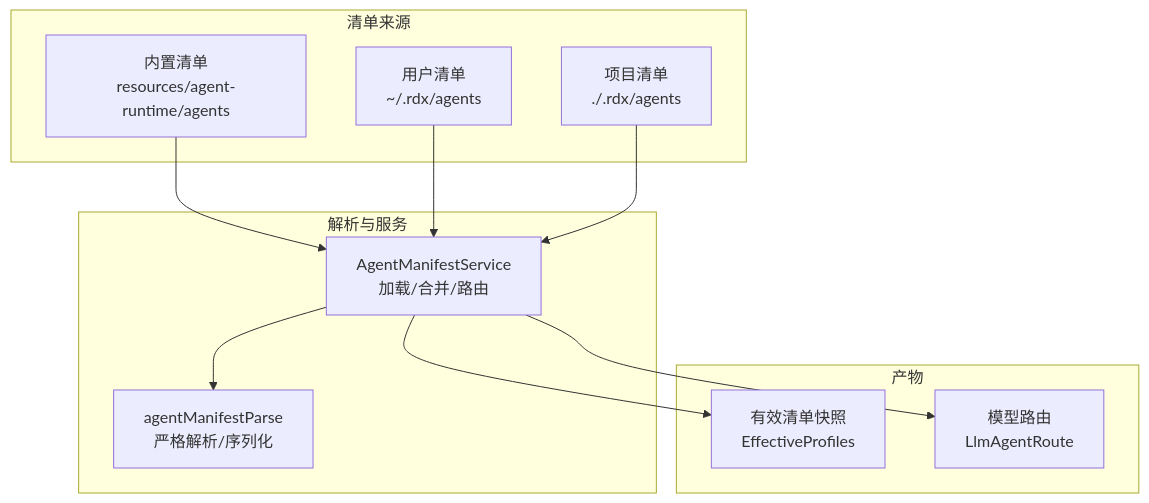
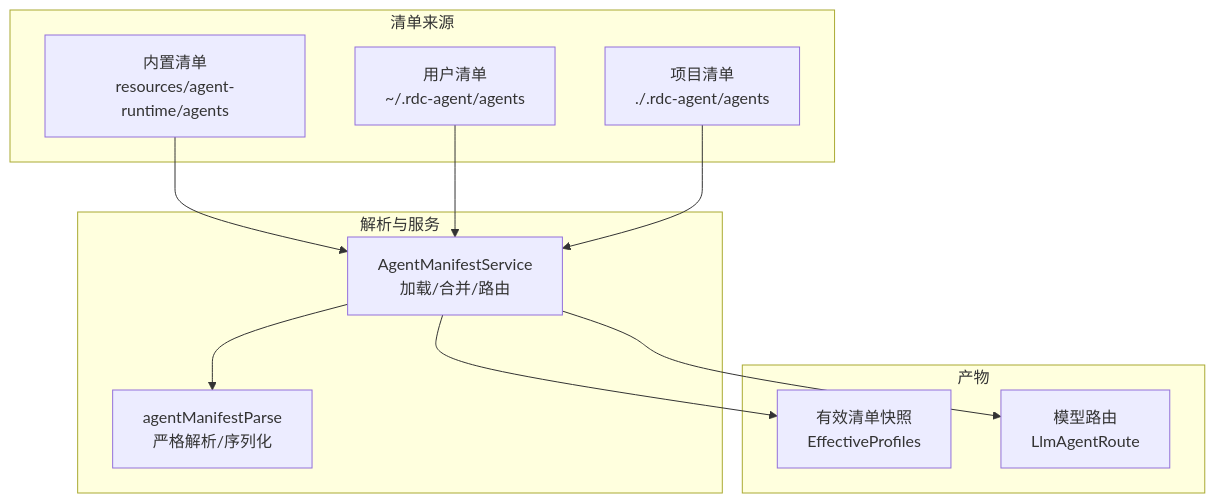
One commit to haolange/RDC-Agent changed the first of 3 diagrams in .qoder/repowiki/zh/content/扩展开发/自定义 Agent 开发/Agent 清单定义.md. Above: the diagram before and after it, drawn with Mermaid. The commit also changed other lines of this file and 557 other files, not shown here.

First line of the commit message:
Unify RDC-Agent identity and canonical RDC-Tool integration

````diff
--- a/.qoder/repowiki/zh/content/扩展开发/自定义 Agent 开发/Agent 清单定义.md
+++ b/.qoder/repowiki/zh/content/扩展开发/自定义 Agent 开发/Agent 清单定义.md
@@ -56,22 +56,22 @@
 ```mermaid
 graph TB
 subgraph "清单来源"
 B["内置清单<br/>resources/agent-runtime/agents"]
-U["用户清单<br/>~/.rdx/agents"]
-P["项目清单<br/>.<project>/.rdx/agents"]
+U["用户清单<br/>~/.rdc-agent/agents"]
+P["项目清单<br/>.<project>/.rdc-agent/agents"]
 end
 subgraph "解析与服务"
 S["AgentManifestService<br/>加载/合并/路由"]
 PARSER["agentManifestParse<br/>严格解析/序列化"]
 end
 subgraph "产物"
 PROFILES["有效清单快照<br/>EffectiveProfiles"]
 ROUTES["模型路由<br/>LlmAgentRoute"]
 end
 B --> S
 U --> S
 P --> S
 S --> PROFILES
 S --> ROUTES
 S --> PARSER
 ```
````
